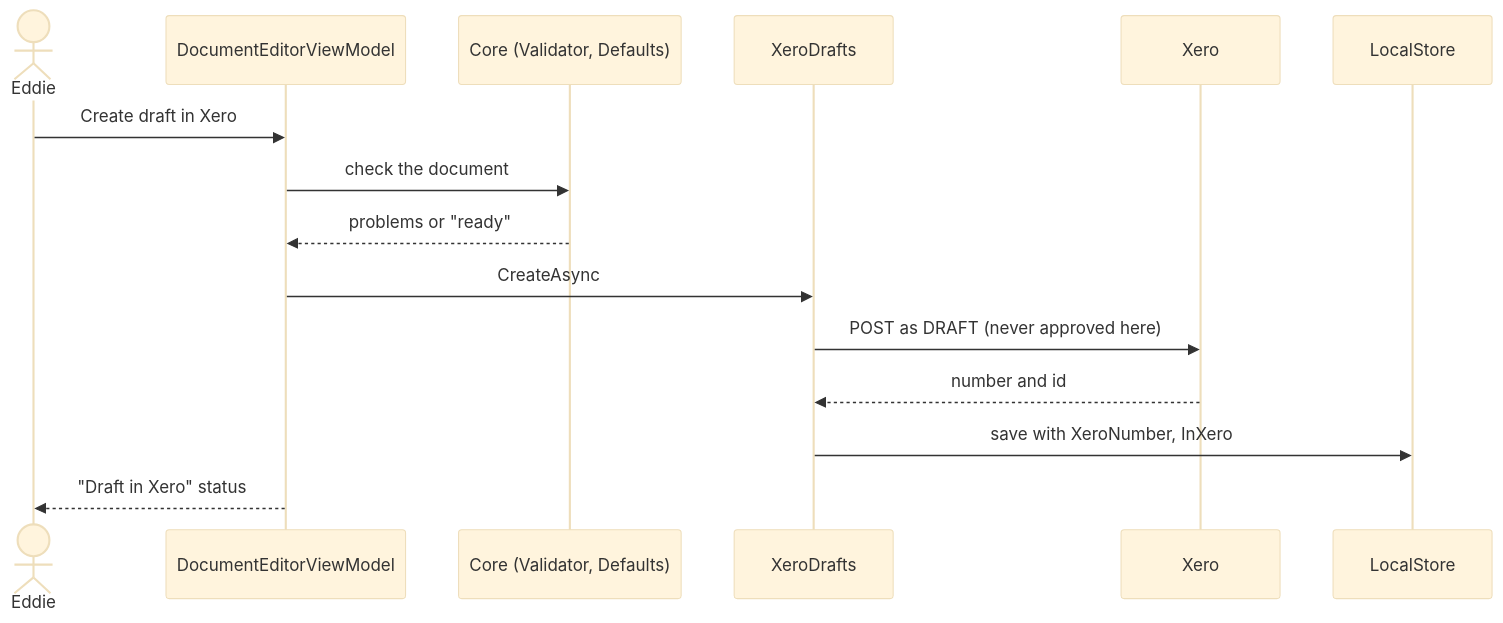
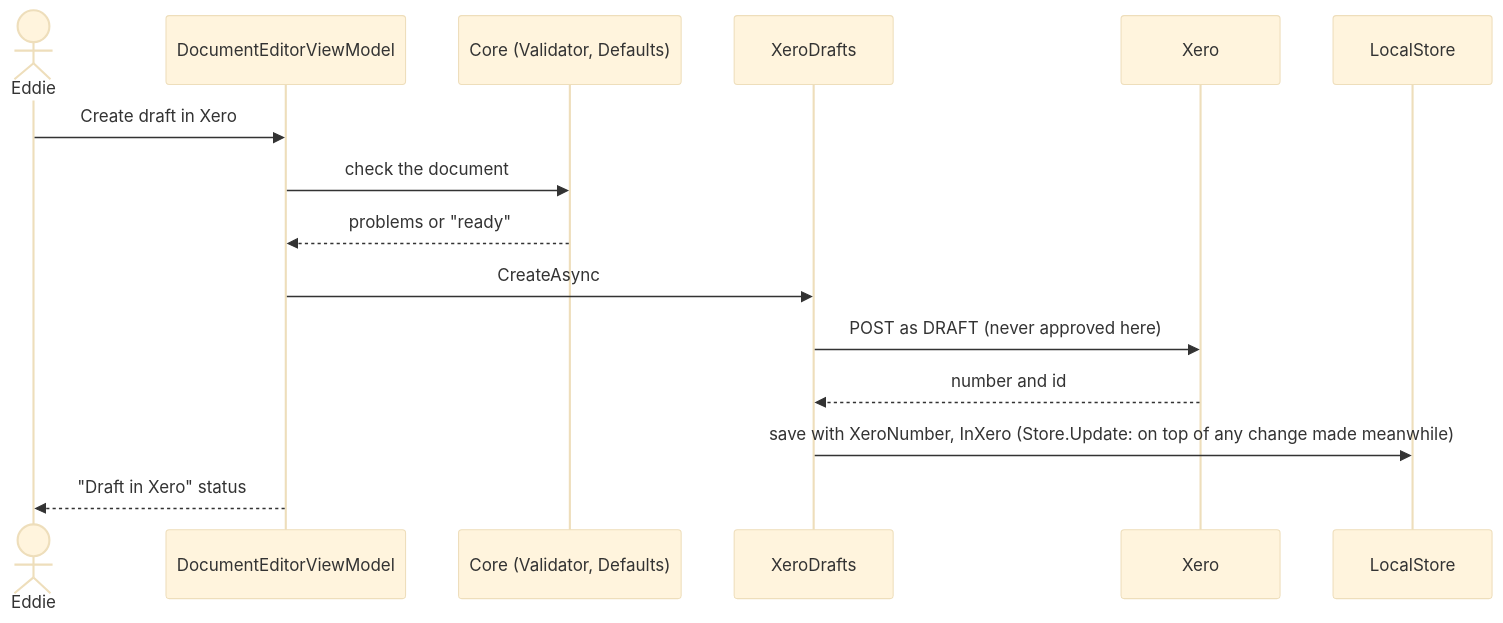
One commit to EdWebIgnite/Webignite-Desktop changed the sixth of 9 diagrams in docs/architecture.md. Above: the diagram before and after it, drawn with Mermaid (base theme). The commit also changed other lines of this file and 57 other files, not shown here.

````diff
--- a/docs/architecture.md
+++ b/docs/architecture.md
@@ -198,18 +207,18 @@
 ```mermaid
 sequenceDiagram
     actor Eddie
     participant Editor as DocumentEditorViewModel
     participant Core as Core (Validator, Defaults)
     participant Drafts as XeroDrafts
     participant Xero
     participant Store as LocalStore
 
     Eddie->>Editor: Create draft in Xero
     Editor->>Core: check the document
     Core-->>Editor: problems or "ready"
     Editor->>Drafts: CreateAsync
     Drafts->>Xero: POST as DRAFT (never approved here)
     Xero-->>Drafts: number and id
-    Drafts->>Store: save with XeroNumber, InXero
+    Drafts->>Store: save with XeroNumber, InXero (Store.Update: on top of any change made meanwhile)
     Editor-->>Eddie: "Draft in Xero" status
 ```
````
